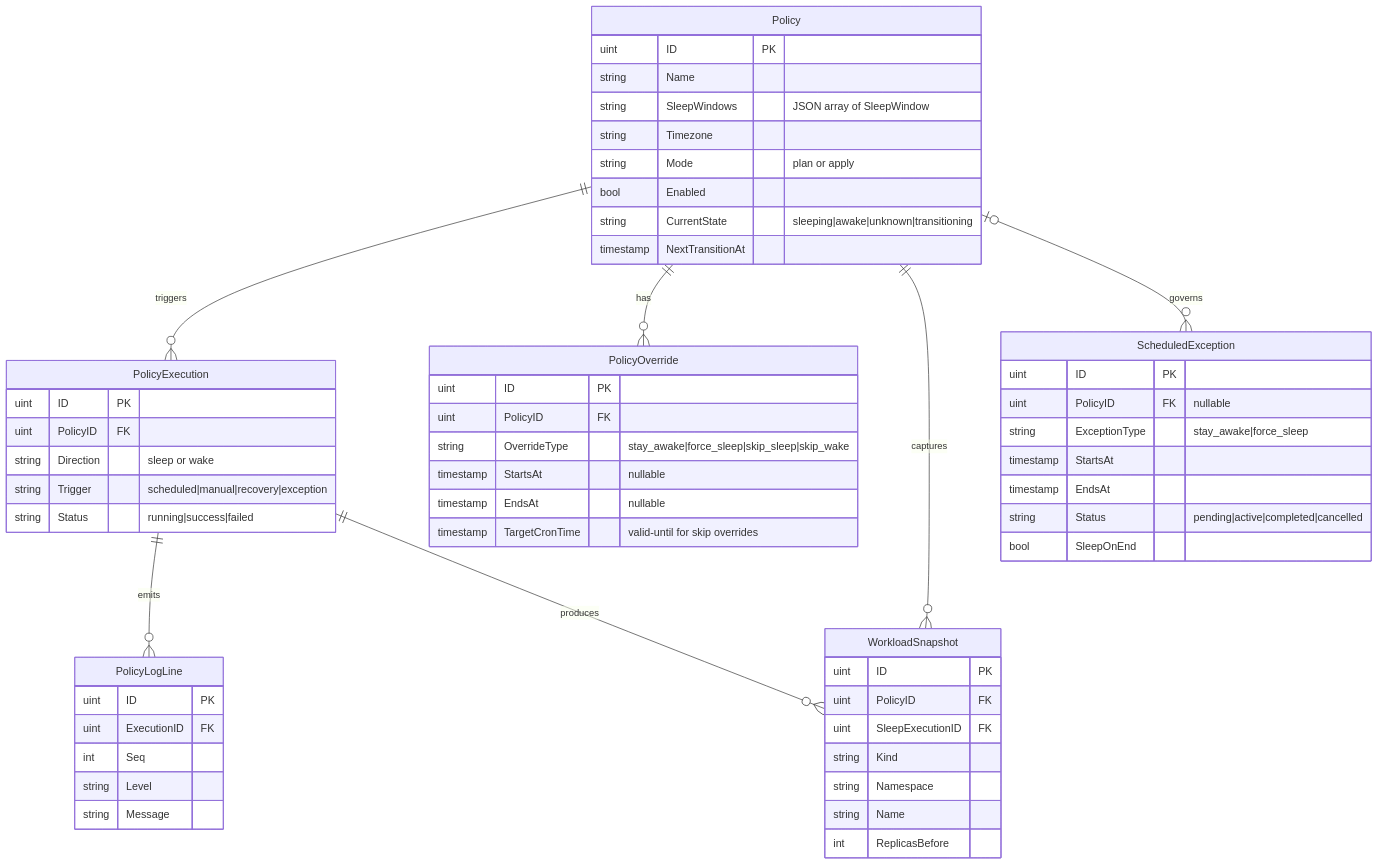
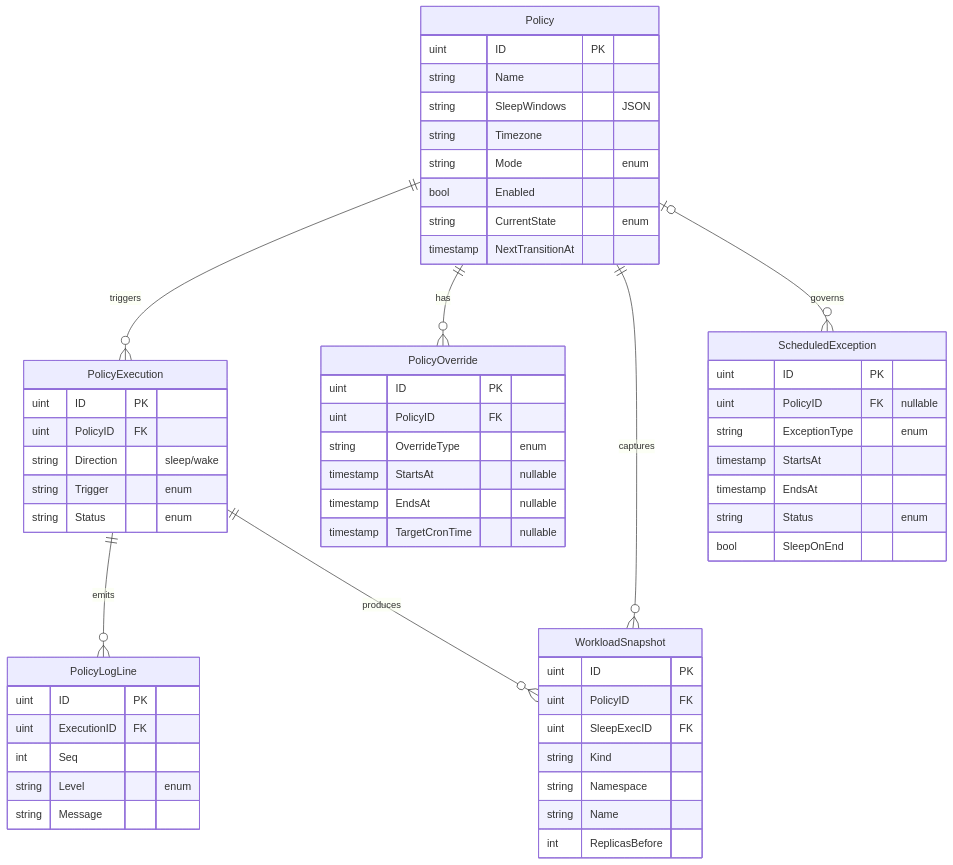
The first of 3 diagrams in docs/WINDOW_NATIVE_SCHEDULING.md (MacXsimilian/kube-phoenix), drawn with Mermaid before and after one commit. The commit also changed other lines of this file and 1 other file, not shown here.

First line of the commit message:
docs: shorten Mermaid diagram labels to prevent text overflow

````diff
--- a/docs/WINDOW_NATIVE_SCHEDULING.md
+++ b/docs/WINDOW_NATIVE_SCHEDULING.md
@@ -97,65 +97,65 @@
 ```mermaid
 erDiagram
     Policy ||--o{ PolicyExecution : "triggers"
     Policy ||--o{ PolicyOverride : "has"
     Policy ||--o{ WorkloadSnapshot : "captures"
     Policy |o--o{ ScheduledException : "governs"
     PolicyExecution ||--o{ PolicyLogLine : "emits"
     PolicyExecution ||--o{ WorkloadSnapshot : "produces"
 
     Policy {
         uint ID PK
         string Name
-        string SleepWindows "JSON array of SleepWindow"
+        string SleepWindows "JSON"
         string Timezone
-        string Mode "plan or apply"
+        string Mode "enum"
         bool Enabled
-        string CurrentState "sleeping|awake|unknown|transitioning"
+        string CurrentState "enum"
         timestamp NextTransitionAt
     }
 
     PolicyOverride {
         uint ID PK
         uint PolicyID FK
-        string OverrideType "stay_awake|force_sleep|skip_sleep|skip_wake"
+        string OverrideType "enum"
         timestamp StartsAt "nullable"
         timestamp EndsAt "nullable"
-        timestamp TargetCronTime "valid-until for skip overrides"
+        timestamp TargetCronTime "nullable"
     }
 
     ScheduledException {
         uint ID PK
         uint PolicyID FK "nullable"
-        string ExceptionType "stay_awake|force_sleep"
+        string ExceptionType "enum"
         timestamp StartsAt
         timestamp EndsAt
-        string Status "pending|active|completed|cancelled"
+        string Status "enum"
         bool SleepOnEnd
     }
 
     PolicyExecution {
         uint ID PK
         uint PolicyID FK
-        string Direction "sleep or wake"
-        string Trigger "scheduled|manual|recovery|exception"
-        string Status "running|success|failed"
+        string Direction "sleep/wake"
+        string Trigger "enum"
+        string Status "enum"
     }
 
     WorkloadSnapshot {
         uint ID PK
         uint PolicyID FK
-        uint SleepExecutionID FK
+        uint SleepExecID FK
         string Kind
         string Namespace
         string Name
         int ReplicasBefore
     }
 
     PolicyLogLine {
         uint ID PK
         uint ExecutionID FK
         int Seq
-        string Level
+        string Level "enum"
         string Message
     }
 ```
````
